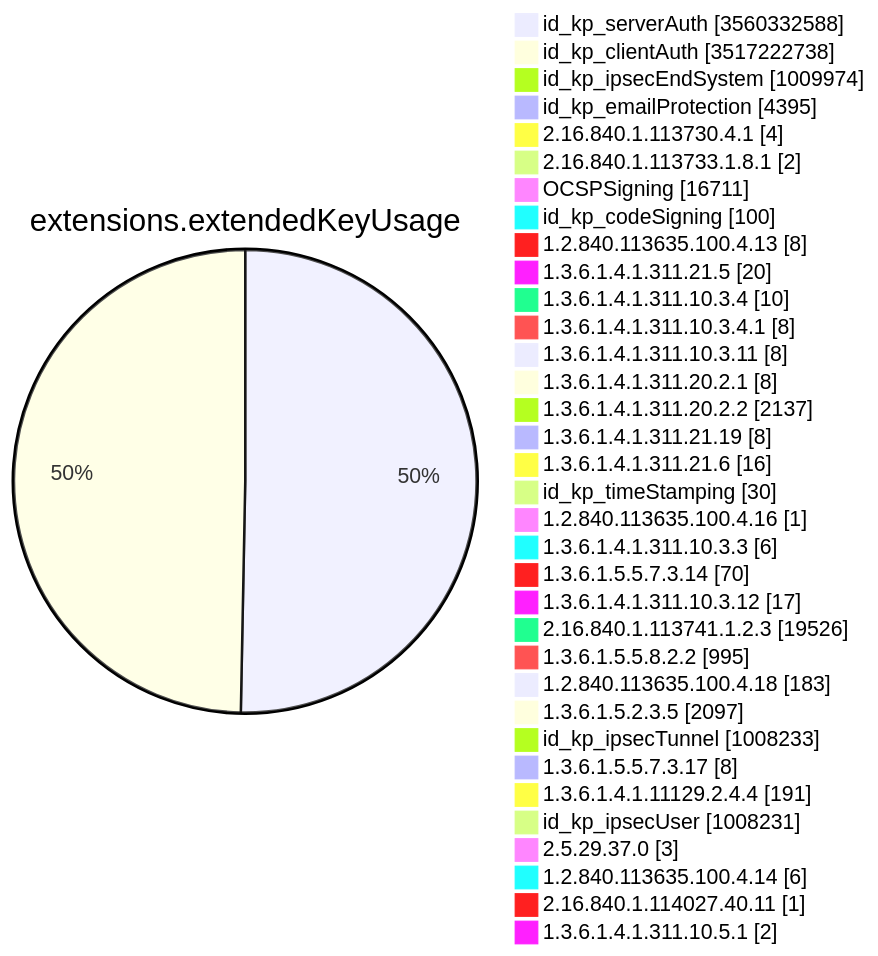
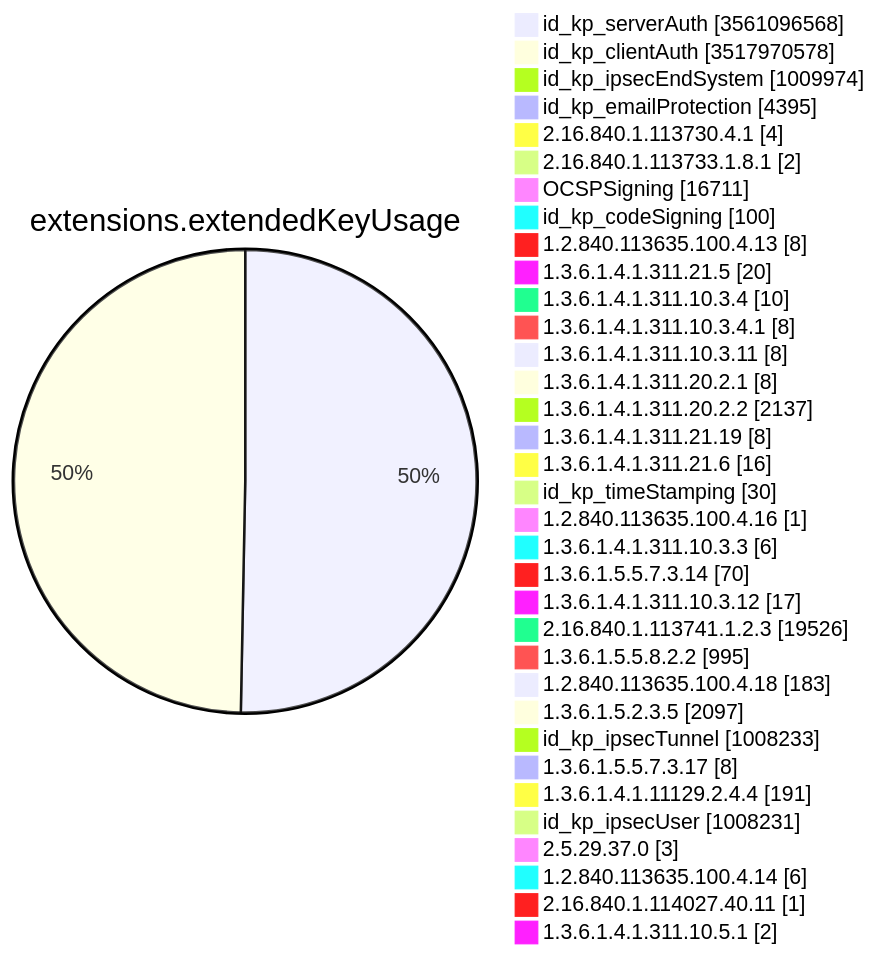
Diagram 11 of 15 in TOTAL/README.md (christiankrug/ctmonitor_visualization), drawn with Mermaid before and after one commit. The commit also changed other lines of this file, not shown here.

````diff
--- a/TOTAL/README.md
+++ b/TOTAL/README.md
@@ -4128,38 +4128,38 @@
 ```mermaid
 pie showData
 title extensions.extendedKeyUsage
-"id_kp_serverAuth" :3560332588
-"id_kp_clientAuth" :3517222738
+"id_kp_serverAuth" :3561096568
+"id_kp_clientAuth" :3517970578
 "id_kp_ipsecEndSystem" :1009974
 "id_kp_emailProtection" :4395
 "2.16.840.1.113730.4.1" :4
 "2.16.840.1.113733.1.8.1" :2
 "OCSPSigning" :16711
 "id_kp_codeSigning" :100
 "1.2.840.113635.100.4.13" :8
 "1.3.6.1.4.1.311.21.5" :20
 "1.3.6.1.4.1.311.10.3.4" :10
 "1.3.6.1.4.1.311.10.3.4.1" :8
 "1.3.6.1.4.1.311.10.3.11" :8
 "1.3.6.1.4.1.311.20.2.1" :8
 "1.3.6.1.4.1.311.20.2.2" :2137
 "1.3.6.1.4.1.311.21.19" :8
 "1.3.6.1.4.1.311.21.6" :16
 "id_kp_timeStamping" :30
 "1.2.840.113635.100.4.16" :1
 "1.3.6.1.4.1.311.10.3.3" :6
 "1.3.6.1.5.5.7.3.14" :70
 "1.3.6.1.4.1.311.10.3.12" :17
 "2.16.840.1.113741.1.2.3" :19526
 "1.3.6.1.5.5.8.2.2" :995
 "1.2.840.113635.100.4.18" :183
 "1.3.6.1.5.2.3.5" :2097
 "id_kp_ipsecTunnel" :1008233
 "1.3.6.1.5.5.7.3.17" :8
 "1.3.6.1.4.1.11129.2.4.4" :191
 "id_kp_ipsecUser" :1008231
 "2.5.29.37.0" :3
 "1.2.840.113635.100.4.14" :6
 "2.16.840.1.114027.40.11" :1
 "1.3.6.1.4.1.311.10.5.1" :2
 ```
````
